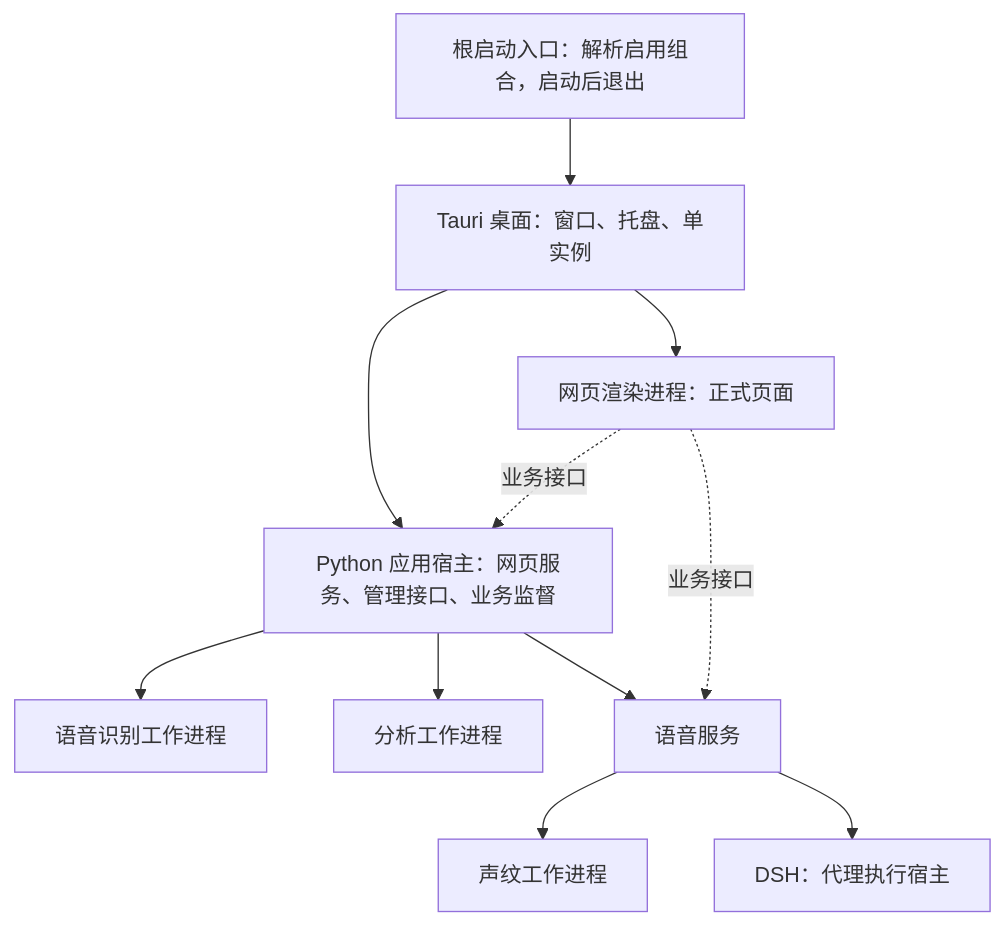
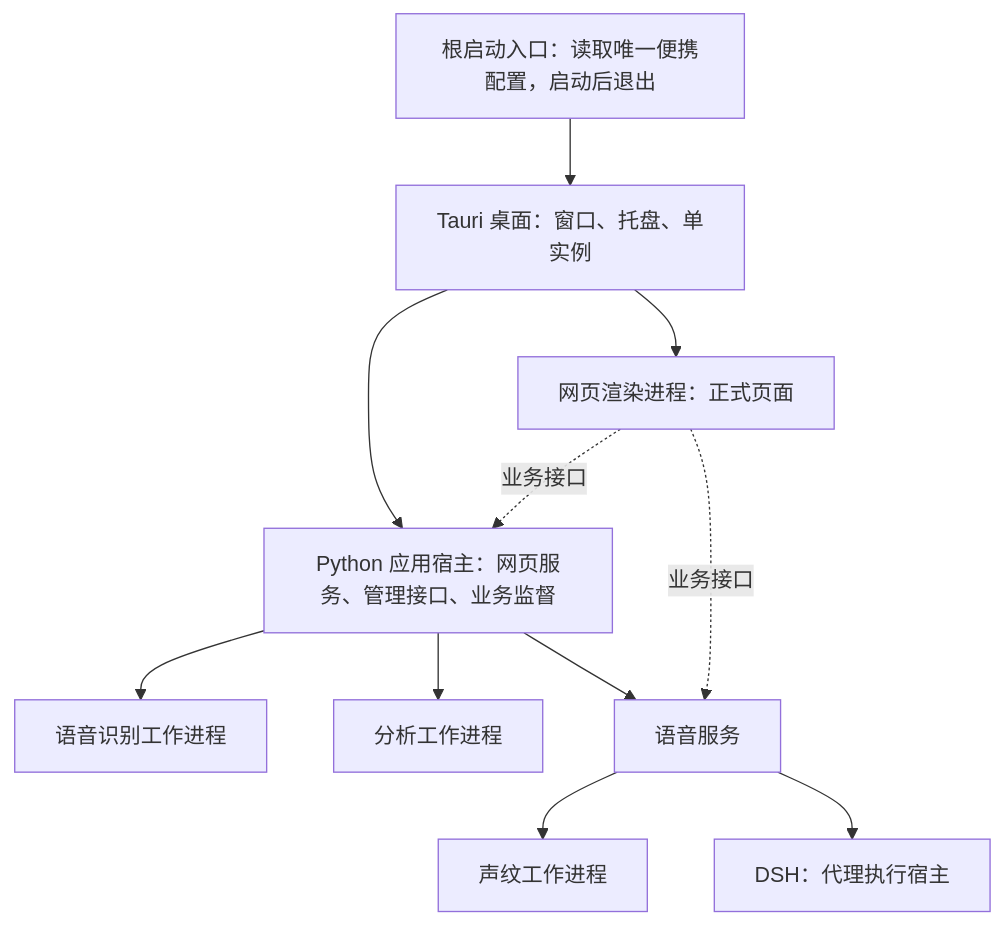
One commit to wet86y/voice-terminal changed the diagram in docs/architecture.md. Above: the diagram before and after it, drawn with Mermaid. The commit also changed other lines of this file and 191 other files, not shown here.

````diff
--- a/docs/architecture.md
+++ b/docs/architecture.md
@@ -18,13 +18,13 @@
 ```mermaid
 flowchart TD
-    R[根启动入口：解析启用组合，启动后退出] --> T[Tauri 桌面：窗口、托盘、单实例]
+    R[根启动入口：读取唯一便携配置，启动后退出] --> T[Tauri 桌面：窗口、托盘、单实例]
     T --> A[Python 应用宿主：网页服务、管理接口、业务监督]
     T --> W[网页渲染进程：正式页面]
     A --> B[语音识别工作进程]
     A --> C[分析工作进程]
     A --> D[语音服务]
     D --> E[声纹工作进程]
     D --> F[DSH：代理执行宿主]
     W -.业务接口.-> A
     W -.业务接口.-> D
 ```
````
